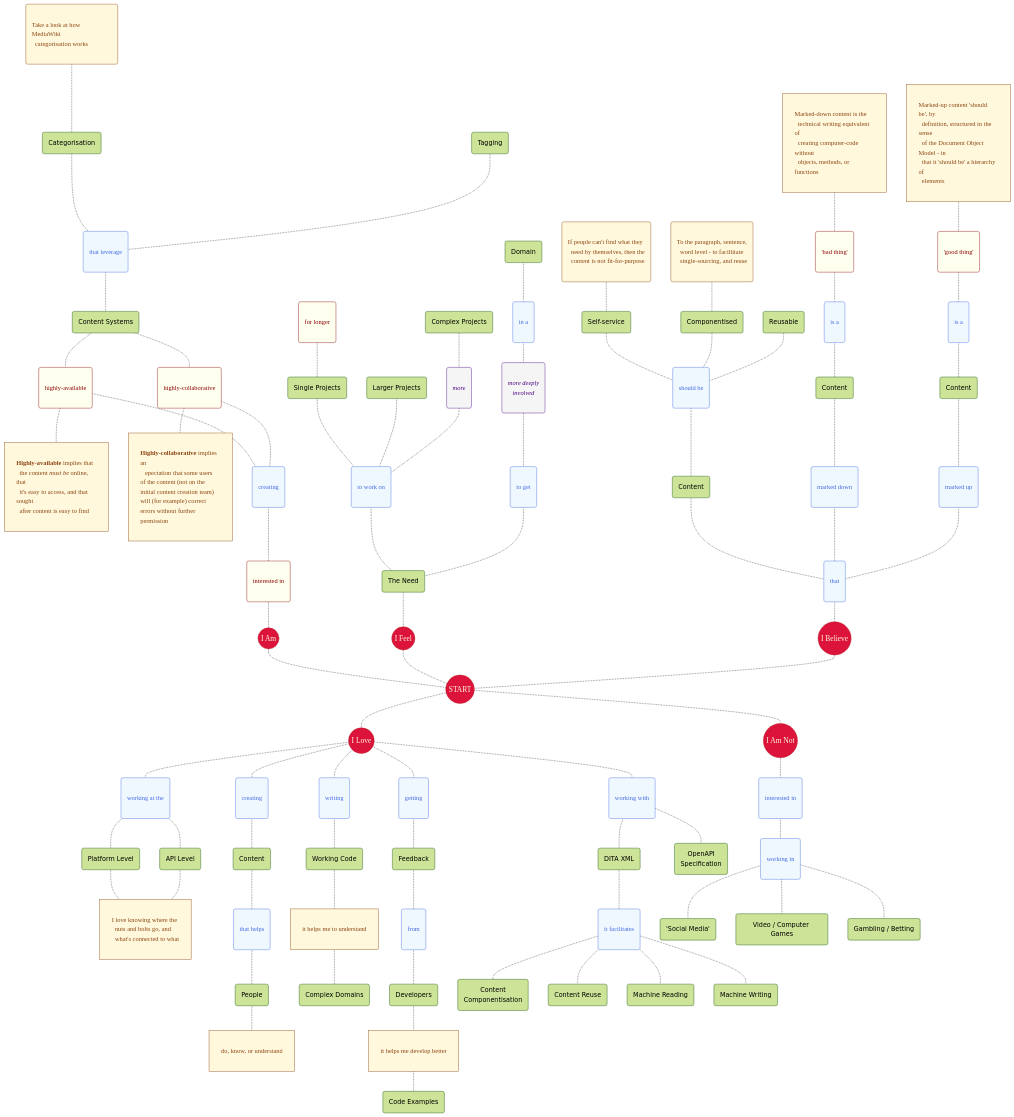
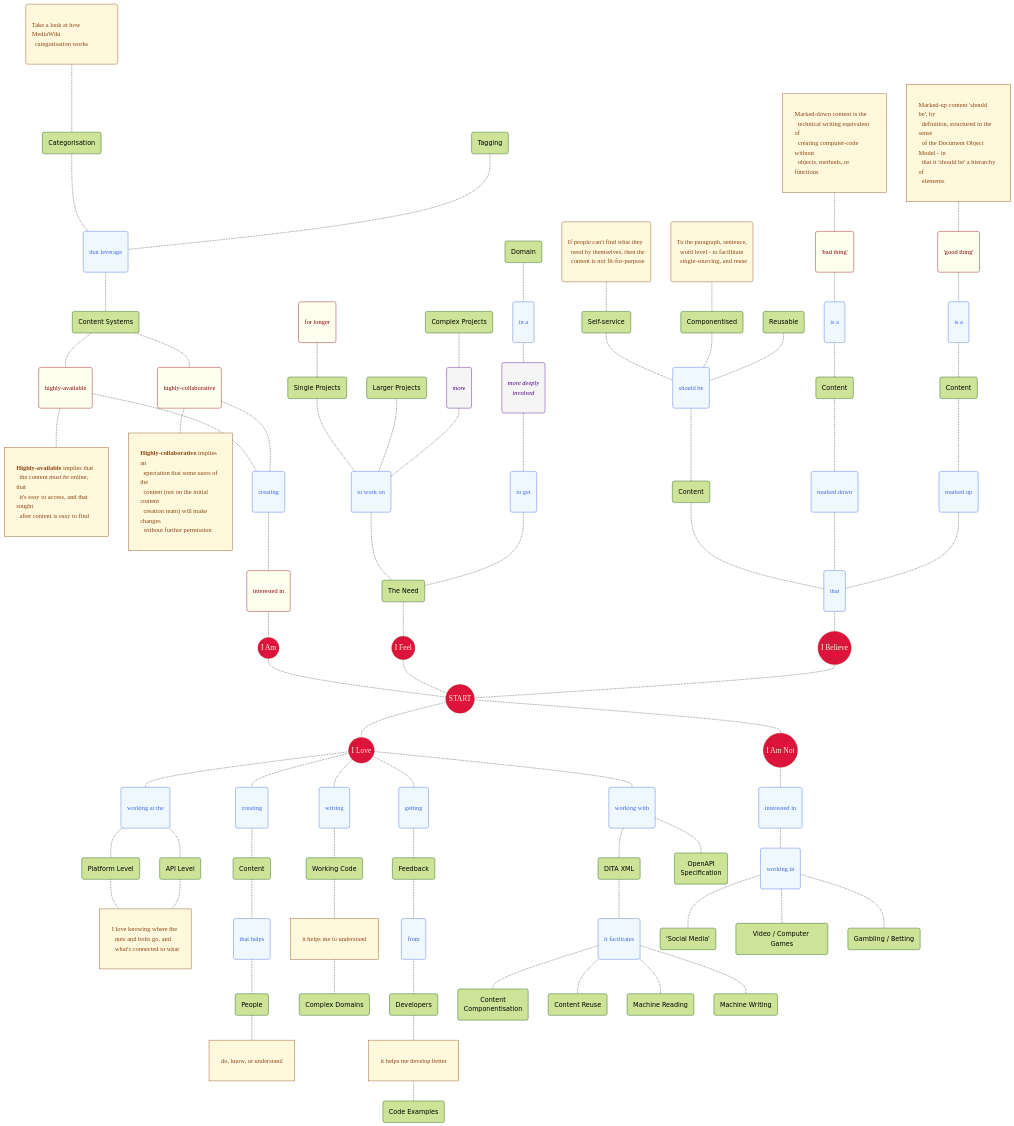
Before and after one commit to joe-dorward/samples: the diagram in my_mermaid_mindmap.md, drawn with Mermaid.

```diff
--- a/my_mermaid_mindmap.md
+++ b/my_mermaid_mindmap.md
@@ -21,7 +21,7 @@
   MARKED_UP_CONTENT_NOTE["Marked-up content 'should be', by<br/>&ensp;definition, structured in the sense<br/>&ensp;of the Document Object Model - in<br/>&ensp;that it 'should be' a hierarchy of<br/>&ensp;elements"]
 
   HIGHLY_AVAILABLE_NOTE["<b>Highly-available</b> implies that<br/>&ensp;the content <i>must be</i> online, that<br/>&ensp;it's easy to access, and that sought<br/>&ensp;after content is easy to find"]
-  HIGHLY_COLABORATIVE_NOTE["<b>Highly-collaborative</b> implies an<br/>&ensp; epectation that some users of the content (not on the initial content creation team) will (for example) correct errors without further permission"]
+  HIGHLY_COLABORATIVE_NOTE["<b>Highly-collaborative</b> implies an<br/>&ensp;epectation that some users of the<br/>&ensp;content (not on the initial content<br/>&ensp;creation team) will make changes<br/>&ensp;without further permission"]
 
   class SELF_SERVICE_NOTE,CATEGORISATION_NOTE,COMPONENTISED_NOTE,PLATFORM_LEVEL_NOTE,MARKED_DOWN_CONTENT_NOTE,MARKED_UP_CONTENT_NOTE,HIGHLY_AVAILABLE_NOTE,HIGHLY_COLABORATIVE_NOTE Note;
 
```
